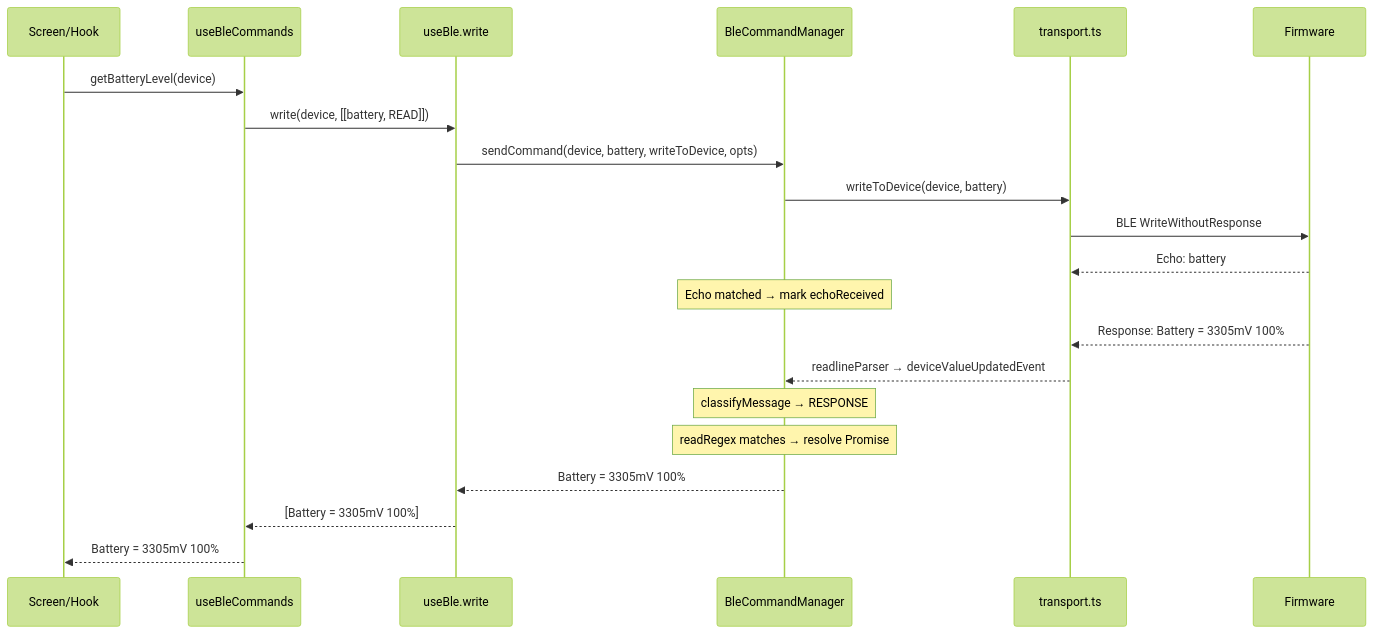
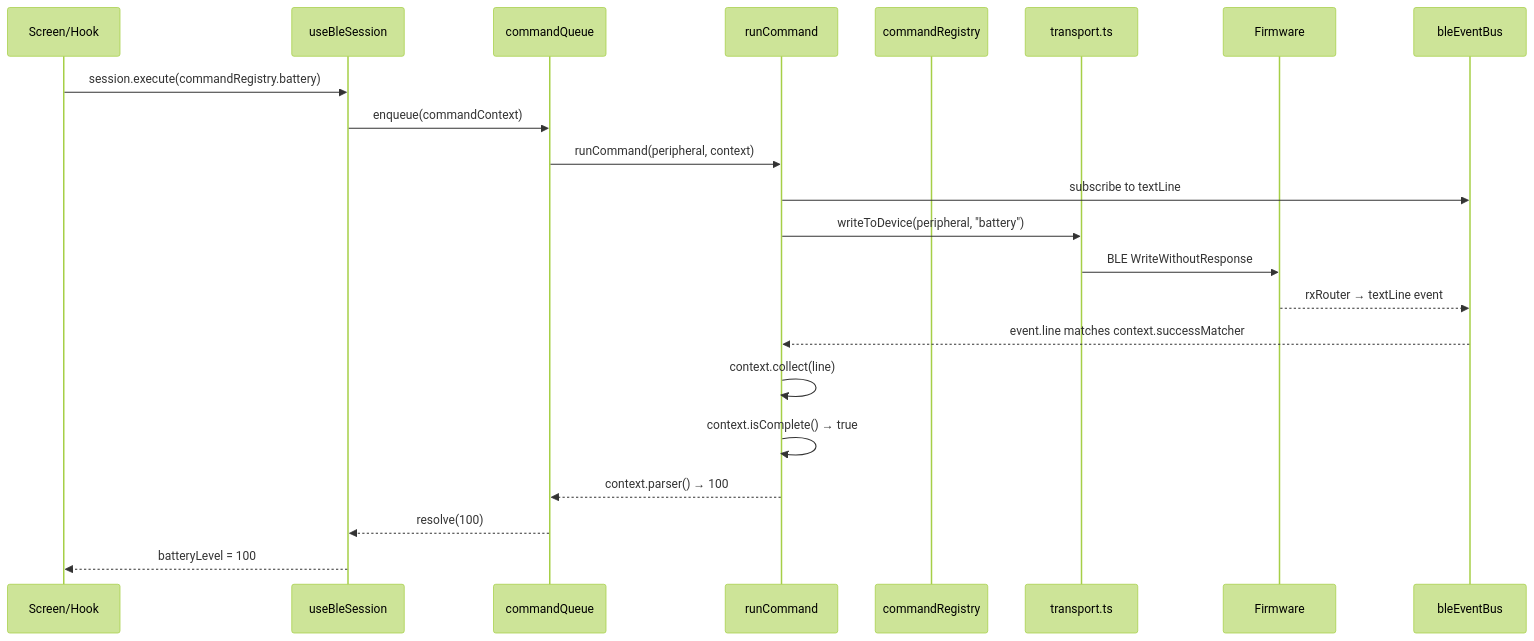
The second of 5 diagrams in documentation/resources/BLE_Architecture.md (wildlifeai/ww-mobile-app), drawn with Mermaid (forest theme) before and after one commit. The commit also changed other lines of this file and 62 other files, not shown here.

First line of the commit message:
feat(ble): stabilize rx routing and update flows

````diff
--- a/documentation/resources/BLE_Architecture.md
+++ b/documentation/resources/BLE_Architecture.md
@@ -36,24 +82,25 @@
 ```mermaid
 sequenceDiagram
     participant UI as Screen/Hook
-    participant Cmd as useBleCommands
-    participant Write as useBle.write
-    participant Mgr as BleCommandManager
+    participant Sess as useBleSession
+    participant Queue as commandQueue
+    participant Run as runCommand
+    participant Reg as commandRegistry
     participant TX as transport.ts
     participant FW as Firmware
+    participant Bus as bleEventBus
 
-    UI->>Cmd: getBatteryLevel(device)
-    Cmd->>Write: write(device, [[battery, READ]])
-    Write->>Mgr: sendCommand(device, battery, writeToDevice, opts)
-    Mgr->>TX: writeToDevice(device, battery)
+    UI->>Sess: session.execute(commandRegistry.battery)
+    Sess->>Queue: enqueue(commandContext)
+    Queue->>Run: runCommand(peripheral, context)
+    Run->>Bus: subscribe to textLine
+    Run->>TX: writeToDevice(peripheral, "battery")
     TX->>FW: BLE WriteWithoutResponse
-    FW-->>TX: Echo: battery
-    Note over Mgr: Echo matched → mark echoReceived
-    FW-->>TX: Response: Battery = 3305mV 100%
-    TX-->>Mgr: readlineParser → deviceValueUpdatedEvent
-    Note over Mgr: classifyMessage → RESPONSE
-    Note over Mgr: readRegex matches → resolve Promise
-    Mgr-->>Write: Battery = 3305mV 100%
-    Write-->>Cmd: [Battery = 3305mV 100%]
-    Cmd-->>UI: Battery = 3305mV 100%
+    FW-->>Bus: rxRouter → textLine event
+    Bus-->>Run: event.line matches context.successMatcher
+    Run->>Run: context.collect(line)
+    Run->>Run: context.isComplete() → true
+    Run-->>Queue: context.parser() → 100
+    Queue-->>Sess: resolve(100)
+    Sess-->>UI: batteryLevel = 100
 ```
````
